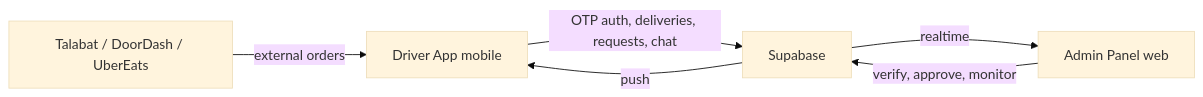
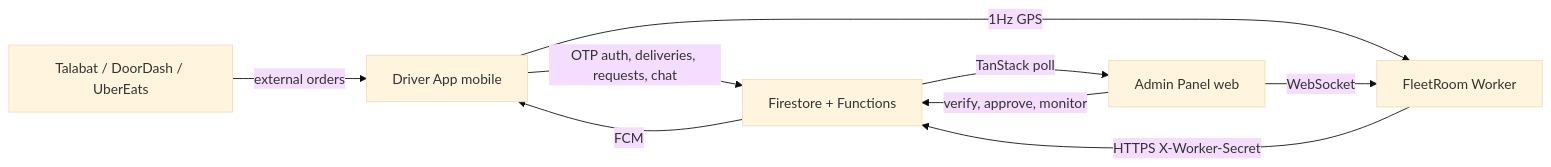
One commit to vizsoft-global/MG-GO-Admin changed the diagram in .cursor/rules/project-architecture.mdc. Above: the diagram before and after it, drawn with Mermaid (base theme). The commit also changed other lines of this file and 85 other files, not shown here.

````diff
--- a/.cursor/rules/project-architecture.mdc
+++ b/.cursor/rules/project-architecture.mdc
@@ -19,8 +19,11 @@
 ```mermaid
 flowchart LR
-  DriverApp["Driver App mobile"] -->|"OTP auth, deliveries, requests, chat"| Supabase["Supabase"]
-  AdminPanel["Admin Panel web"] -->|"verify, approve, monitor"| Supabase
+  DriverApp["Driver App mobile"] -->|"OTP auth, deliveries, requests, chat"| Firebase["Firestore + Functions"]
+  AdminPanel["Admin Panel web"] -->|"verify, approve, monitor"| Firebase
   Partners["Talabat / DoorDash / UberEats"] -->|"external orders"| DriverApp
-  Supabase -->|"realtime"| AdminPanel
-  Supabase -->|"push"| DriverApp
+  DriverApp -->|"1Hz GPS"| Worker["FleetRoom Worker"]
+  AdminPanel -->|"WebSocket"| Worker
+  Worker -->|"HTTPS X-Worker-Secret"| Firebase
+  Firebase -->|"TanStack poll"| AdminPanel
+  Firebase -->|"FCM"| DriverApp
 ```
````
